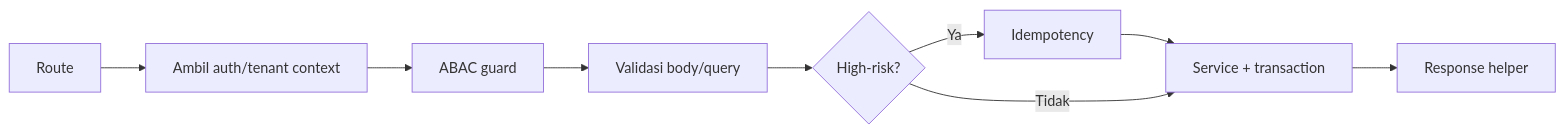
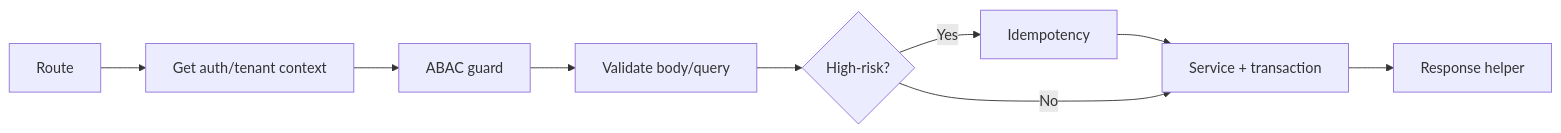
The diagram in .claude/skills/awcms-new-endpoint/SKILL.md (ahliweb/awcms), drawn with Mermaid before and after one commit. The commit also changed other lines of this file and 603 other files, not shown here.

````diff
--- a/.claude/skills/awcms-new-endpoint/SKILL.md
+++ b/.claude/skills/awcms-new-endpoint/SKILL.md
@@ -12,5 +14,5 @@
 ```mermaid
 flowchart LR
-  R[Route] --> Auth[Ambil auth/tenant context] --> ABAC[ABAC guard] --> Val[Validasi body/query] --> Idem{High-risk?} -->|Ya| Key[Idempotency] --> Svc[Service + transaction] --> Resp[Response helper]
-  Idem -->|Tidak| Svc
+  R[Route] --> Auth[Get auth/tenant context] --> ABAC[ABAC guard] --> Val[Validate body/query] --> Idem{High-risk?} -->|Yes| Key[Idempotency] --> Svc[Service + transaction] --> Resp[Response helper]
+  Idem -->|No| Svc
 ```
````
